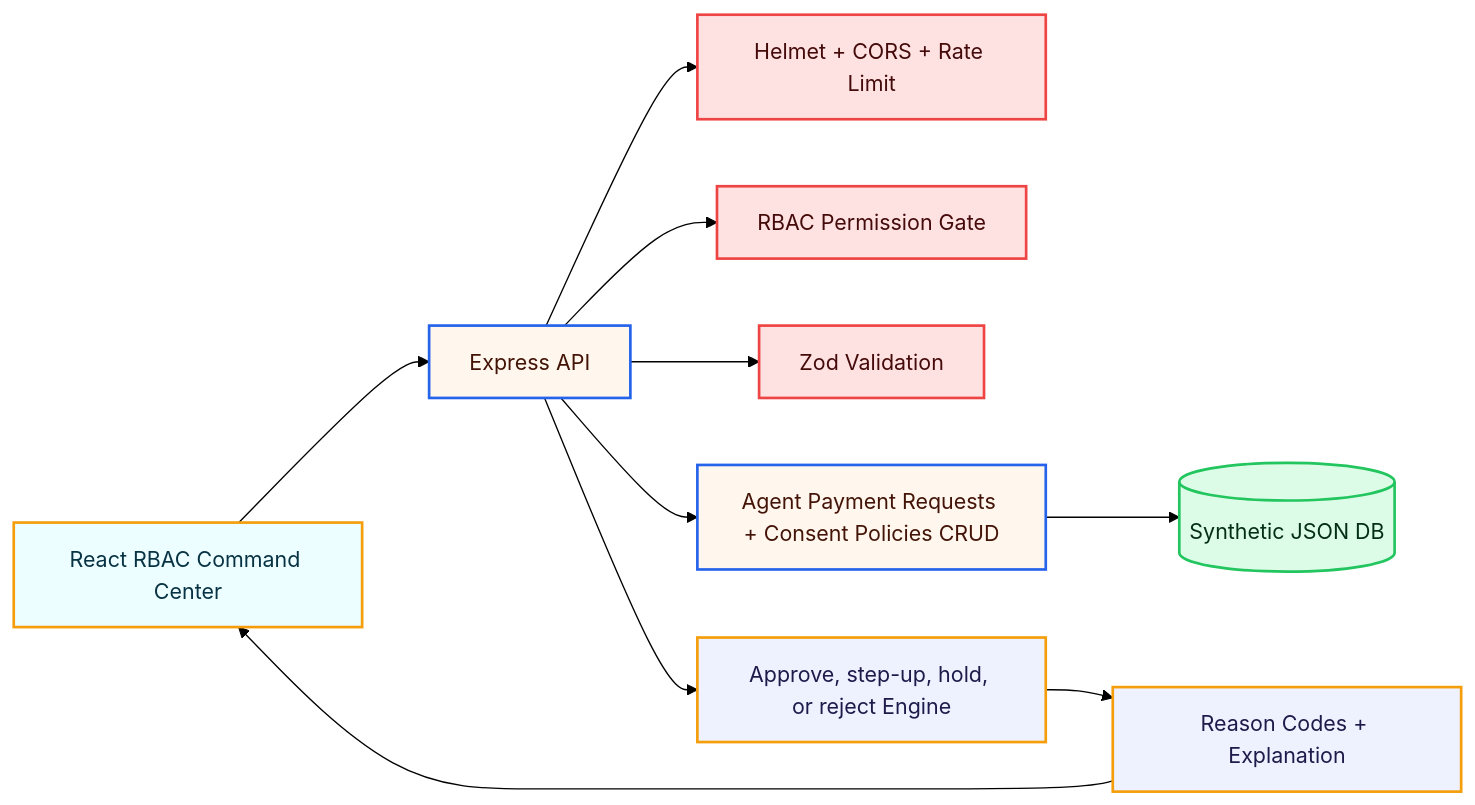
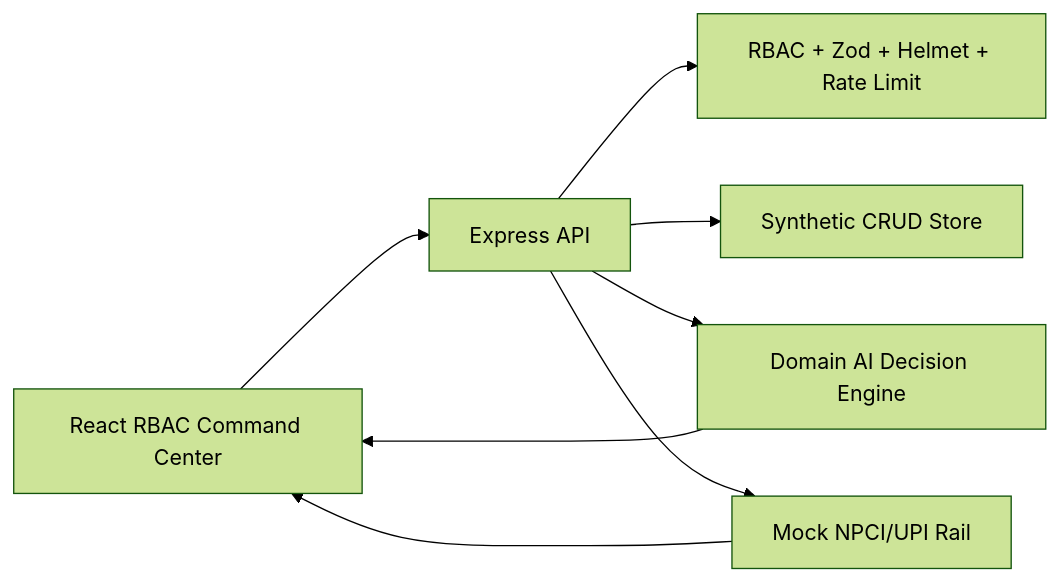
Before and after one commit to jprbom/upi-guardian-mode: the diagram in README.md, drawn with Mermaid (forest theme). The commit also changed other lines of this file and 15 other files, not shown here.

Commit message:
feat: wire working demo flows and mock UPI rail

```diff
--- a/README.md
+++ b/README.md
@@ -70,18 +59,10 @@
 ~~~mermaid
 flowchart LR
-  UI["React RBAC Command Center"]:::ui --> API["Express API"]:::api
-  API --> SEC["Helmet + CORS + Rate Limit"]:::sec
-  API --> RBAC["RBAC Permission Gate"]:::sec
-  API --> VALID["Zod Validation"]:::sec
-  API --> CRUD["Agent Payment Requests + Consent Policies CRUD"]:::api
-  API --> ENGINE["Approve, step-up, hold, or reject Engine"]:::ai
-  CRUD --> DB[("Synthetic JSON DB")]:::data
-  ENGINE --> EXPLAIN["Reason Codes + Explanation"]:::ai
-  EXPLAIN --> UI
-
-  classDef ui fill:#ecfeff,stroke:#f59e0b,stroke-width:2px,color:#083344
-  classDef api fill:#fff7ed,stroke:#2563eb,stroke-width:2px,color:#431407
-  classDef sec fill:#fee2e2,stroke:#ef4444,stroke-width:2px,color:#450a0a
-  classDef ai fill:#eef2ff,stroke:#f59e0b,stroke-width:2px,color:#1e1b4b
-  classDef data fill:#dcfce7,stroke:#22c55e,stroke-width:2px,color:#052e16
+  UI["React RBAC Command Center"] --> API["Express API"]
+  API --> RBAC["RBAC + Zod + Helmet + Rate Limit"]
+  API --> CRUD["Synthetic CRUD Store"]
+  API --> AI["Domain AI Decision Engine"]
+  API --> MOCK["Mock NPCI/UPI Rail"]
+  MOCK --> UI
+  AI --> UI
 ~~~
```
